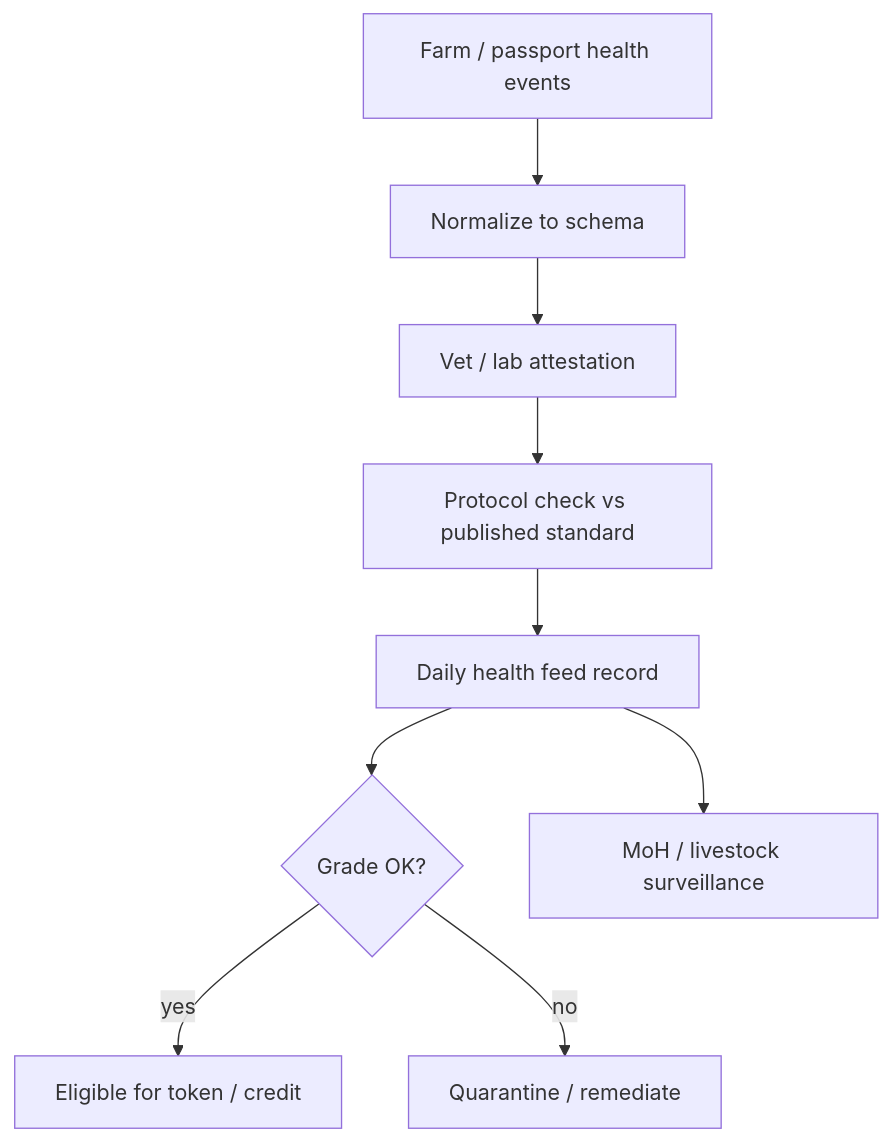
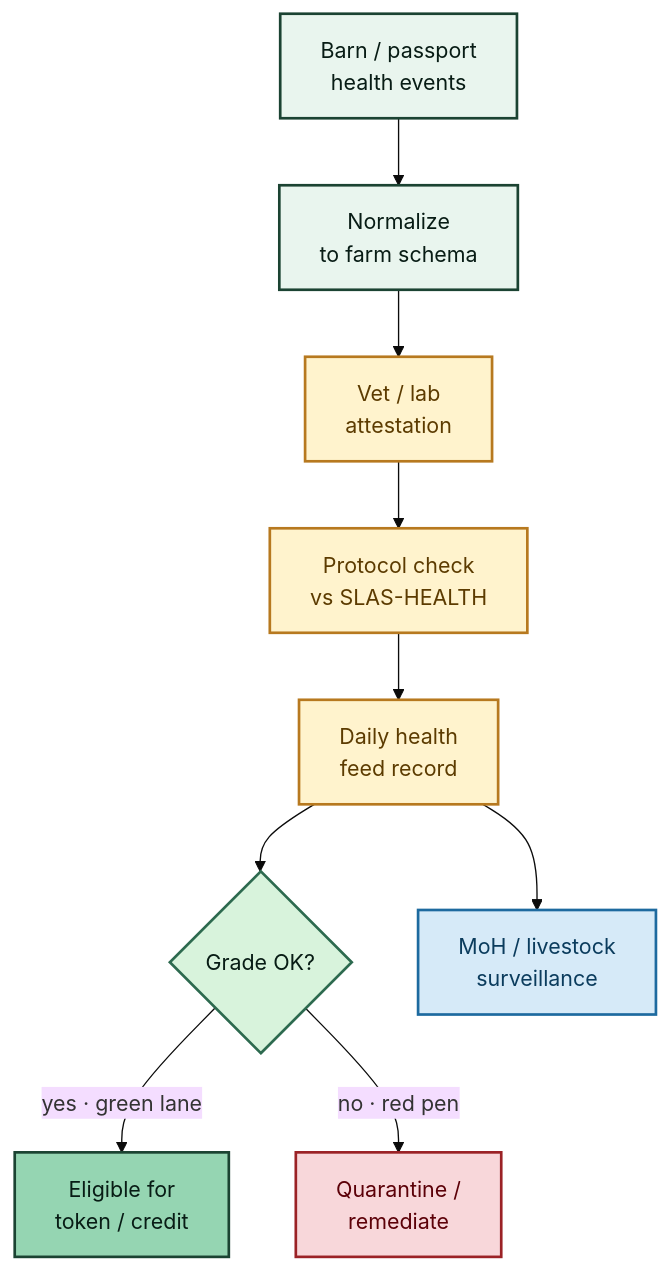
The diagram in 05-health-assessment.md (AmmarJamshed/livestock-smart-asset-stack-whitepaper), drawn with Mermaid before and after one commit. The commit also changed other lines of this file and 3 other files, not shown here.

Commit message:
style: farm-to-market UX palette, metaphors, and high-contrast diagrams

````diff
--- a/05-health-assessment.md
+++ b/05-health-assessment.md
@@ -17,11 +23,24 @@
 ```mermaid
+%%{init: {'theme':'base', 'themeVariables': { 'fontSize':'16px' }}}%%
 flowchart TB
-  RAW[Farm / passport health events] --> NORM[Normalize to schema]
-  NORM --> VET[Vet / lab attestation]
-  VET --> STD[Protocol check vs published standard]
-  STD --> FEED[Daily health feed record]
+  RAW[Barn / passport<br/>health events] --> NORM[Normalize<br/>to farm schema]
+  NORM --> VET[Vet / lab<br/>attestation]
+  VET --> STD[Protocol check<br/>vs SLAS-HEALTH]
+  STD --> FEED[Daily health<br/>feed record]
   FEED --> GATE{Grade OK?}
-  GATE -->|yes| TOK[Eligible for token / credit]
-  GATE -->|no| HOLD[Quarantine / remediate]
-  FEED --> SURV[MoH / livestock surveillance]
+  GATE -->|yes · green lane| TOK[Eligible for<br/>token / credit]
+  GATE -->|no · red pen| HOLD[Quarantine /<br/>remediate]
+  FEED --> SURV[MoH / livestock<br/>surveillance]
+  classDef barn fill:#E9F5EE,stroke:#1B4332,color:#081C15,stroke-width:2px
+  classDef yard fill:#FFF3CD,stroke:#B7791F,color:#5C3B00,stroke-width:2px
+  classDef gate fill:#D8F3DC,stroke:#2D6A4F,color:#081C15,stroke-width:2px
+  classDef ok fill:#95D5B2,stroke:#1B4332,color:#081C15,stroke-width:2px
+  classDef stop fill:#F8D7DA,stroke:#9B2226,color:#5C0008,stroke-width:2px
+  classDef sky fill:#D6EAF8,stroke:#1D6A9F,color:#0B3C5D,stroke-width:2px
+  class RAW,NORM barn
+  class VET,STD,FEED yard
+  class GATE gate
+  class TOK ok
+  class HOLD stop
+  class SURV sky
 ```
````
